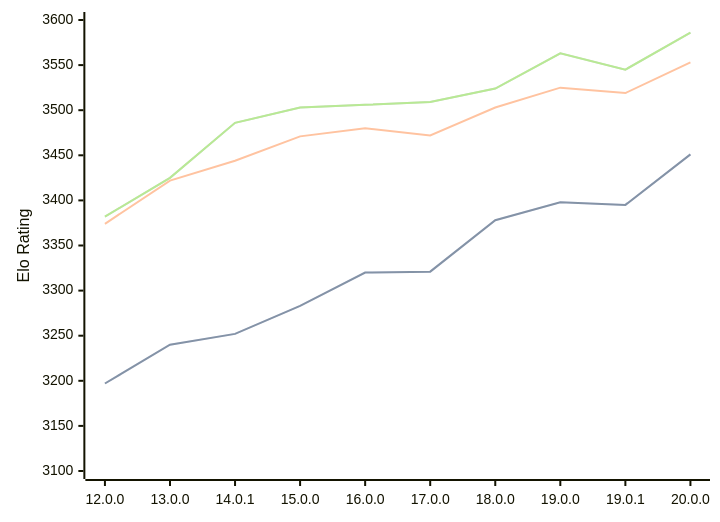
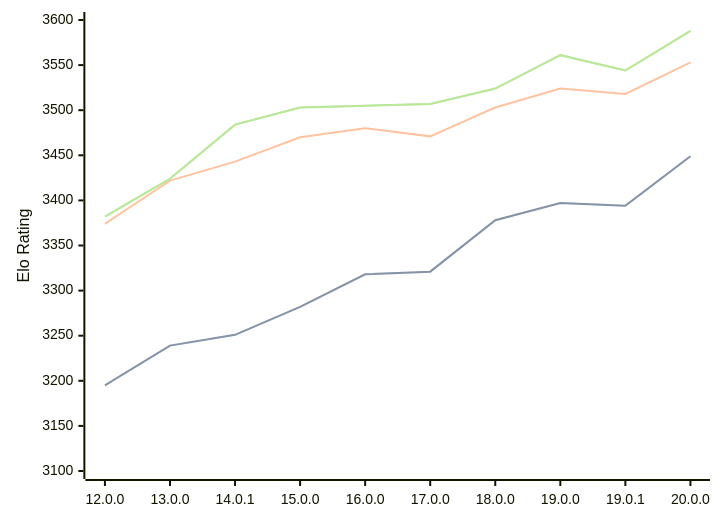
The third of 3 diagrams in engines/Viridithas.md (computer-chess-index/cci), drawn with Mermaid before and after one commit. The commit also changed other lines of this file, not shown here.

Commit message:
Update CCI Ratings (ELO VLTC) - 2026-07-15

````diff
--- a/engines/Viridithas.md
+++ b/engines/Viridithas.md
@@ -97,11 +97,11 @@
 ```mermaid
 %%{init: {"theme":"base","themeVariables":{"seriesColors:['#a3a3a3','#222221','#faa371']}}}%%
 xychart-beta
   x-axis ["12.0.0", "13.0.0", "14.0.1", "15.0.0", "16.0.0", "17.0.0", "18.0.0", "19.0.0", "19.0.1", "20.0.0"]
   y-axis "Elo Rating" 3100 --> 3600
-  line "STC (8.0+0.08s)" [3197, 3240, 3252, 3283, 3320, 3321, 3378, 3398, 3395, 3451]
-  line "STC (8.0+0.08s)" [3197, 3240, 3252, 3283, 3320, 3321, 3378, 3398, 3395, 3451]
-  line "LTC (60.0+0.60s)" [3374, 3422, 3444, 3471, 3480, 3472, 3503, 3525, 3519, 3553]
-  line "VLTC (2m24s+1.12s)" [3382, 3425, 3486, 3503, 3506, 3509, 3524, 3563, 3545, 3586]
-  line "VLTC (2m24s+1.12s)" [3382, 3425, 3486, 3503, 3506, 3509, 3524, 3563, 3545, 3586]
+  line "STC (8.0+0.08s)" [3195, 3239, 3251, 3282, 3318, 3321, 3378, 3397, 3394, 3449]
+  line "STC (8.0+0.08s)" [3195, 3239, 3251, 3282, 3318, 3321, 3378, 3397, 3394, 3449]
+  line "LTC (60.0+0.60s)" [3374, 3422, 3443, 3470, 3480, 3471, 3503, 3524, 3518, 3553]
+  line "VLTC (2m24s+1.12s)" [3382, 3424, 3484, 3503, 3505, 3507, 3524, 3561, 3544, 3588]
+  line "VLTC (2m24s+1.12s)" [3382, 3424, 3484, 3503, 3505, 3507, 3524, 3561, 3544, 3588]
 ```
````
